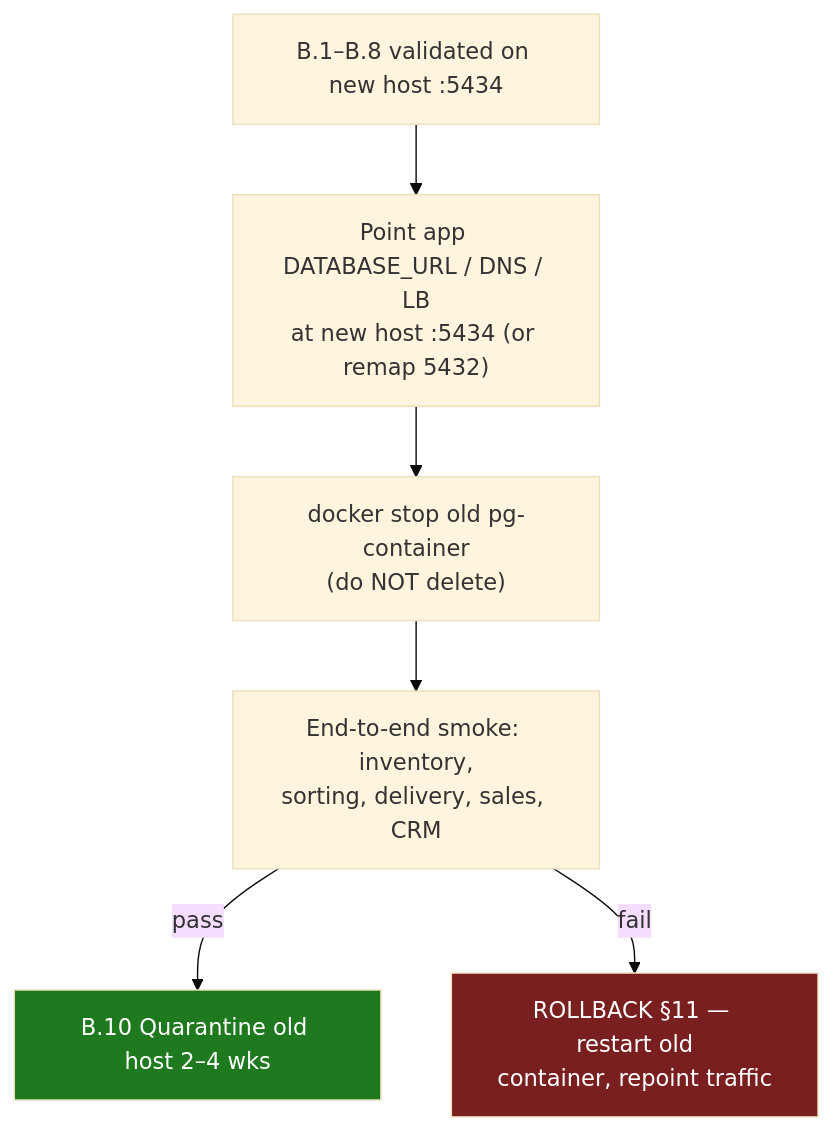
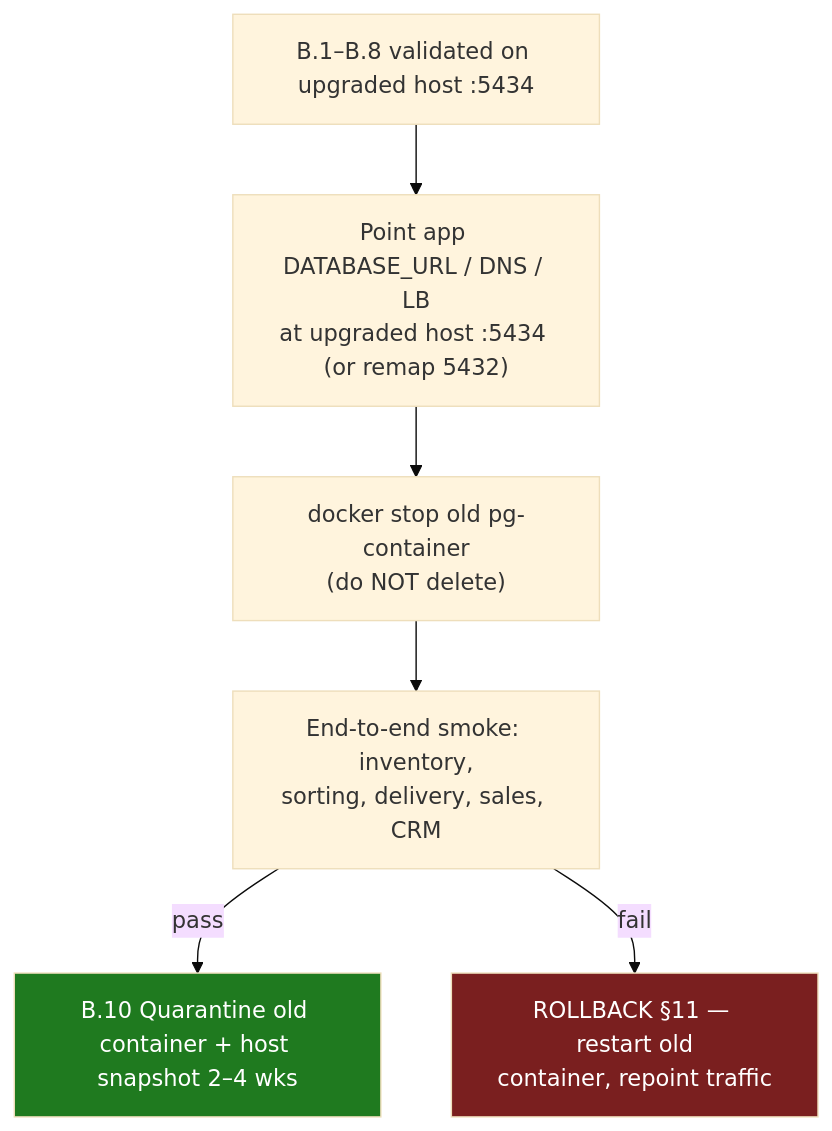
One commit to MKoroschetz/OpenAgentsControl changed the fourth of 4 diagrams in docs/CORE-PLATFORM-UPGRADE.md. Above: the diagram before and after it, drawn with Mermaid (base theme). The commit also changed other lines of this file, not shown here.

````diff
--- a/docs/CORE-PLATFORM-UPGRADE.md
+++ b/docs/CORE-PLATFORM-UPGRADE.md
@@ -877,11 +949,11 @@
 ```mermaid
 flowchart TB
-    B1["B.1–B.8 validated on new host :5434"] --> PREP["Point app DATABASE_URL / DNS / LB<br/>at new host :5434 (or remap 5432)"]
+    B1["B.1–B.8 validated on upgraded host :5434"] --> PREP["Point app DATABASE_URL / DNS / LB<br/>at upgraded host :5434 (or remap 5432)"]
     PREP --> STOP["docker stop old pg-container<br/>(do NOT delete)"]
     STOP --> TEST["End-to-end smoke: inventory,<br/>sorting, delivery, sales, CRM"]
-    TEST -->|pass| B10["B.10 Quarantine old host 2–4 wks"]
+    TEST -->|pass| B10["B.10 Quarantine old container + host snapshot 2–4 wks"]
     TEST -->|fail| RB["ROLLBACK §11 — restart old<br/>container, repoint traffic"]
 
     style B10 fill:#1f7a1f,color:#fff
     style RB fill:#7a1f1f,color:#fff
 ```
````
